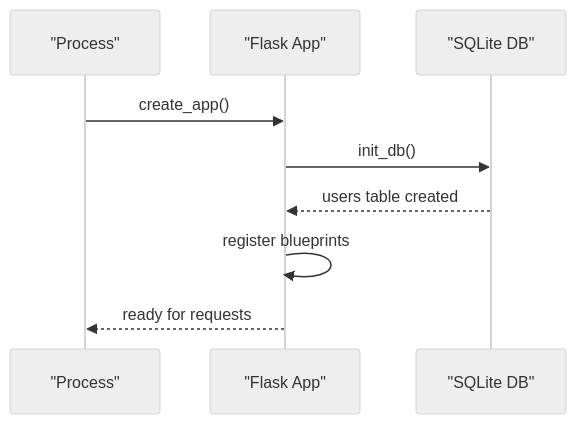
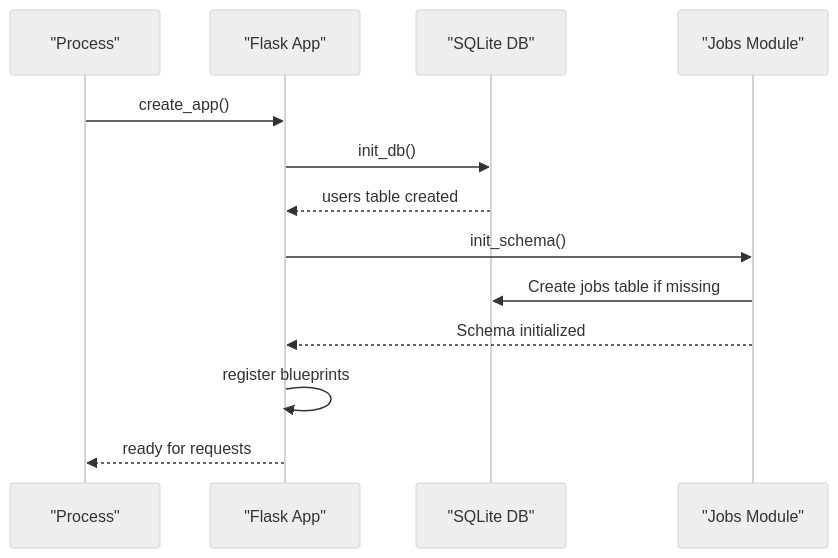
The third of 13 diagrams in .qoder/repowiki/en/content/Backend Application/Backend Application.md (PolarisW007/PolaZhenJing), drawn with Mermaid (neutral theme) before and after one commit. The commit also changed other lines of this file and 333 other files, not shown here.

````diff
--- a/.qoder/repowiki/en/content/Backend Application/Backend Application.md
+++ b/.qoder/repowiki/en/content/Backend Application/Backend Application.md
@@ -165,11 +194,15 @@
 ```mermaid
 sequenceDiagram
 participant Proc as "Process"
 participant App as "Flask App"
 participant DB as "SQLite DB"
+participant Jobs as "Jobs Module"
 Proc->>App : create_app()
 App->>DB : init_db()
 DB-->>App : users table created
+App->>Jobs : init_schema()
+Jobs->>DB : Create jobs table if missing
+Jobs-->>App : Schema initialized
 App->>App : register blueprints
 App-->>Proc : ready for requests
 ```
````
